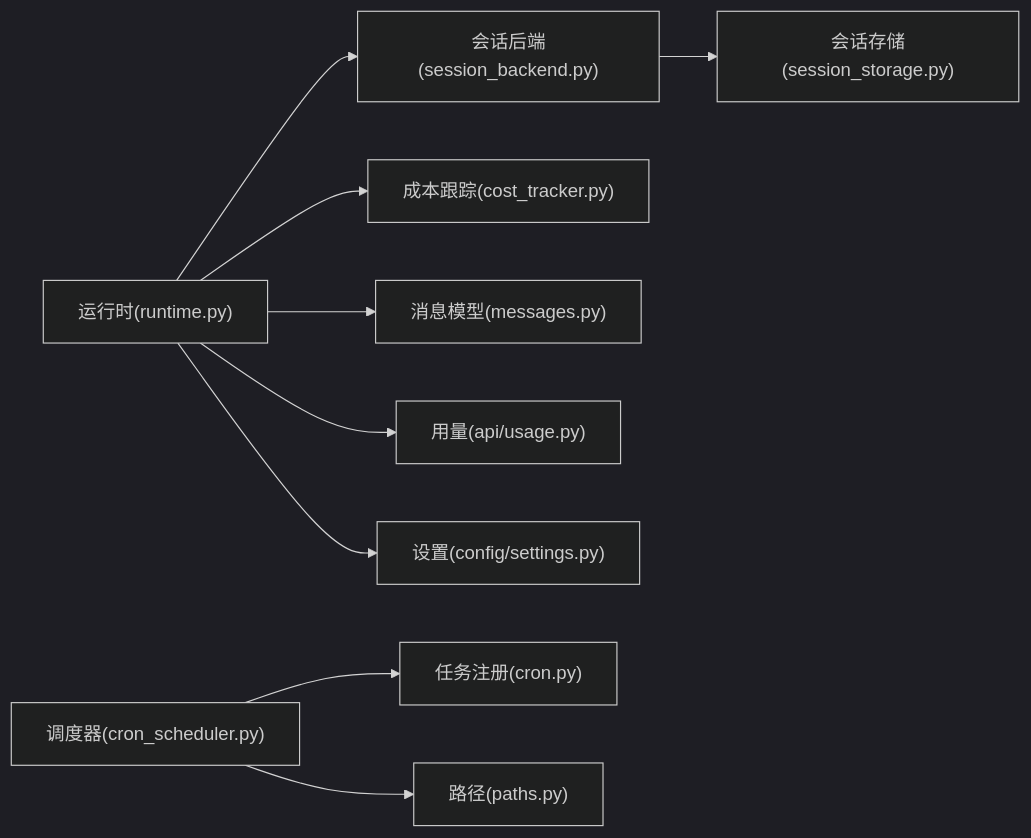
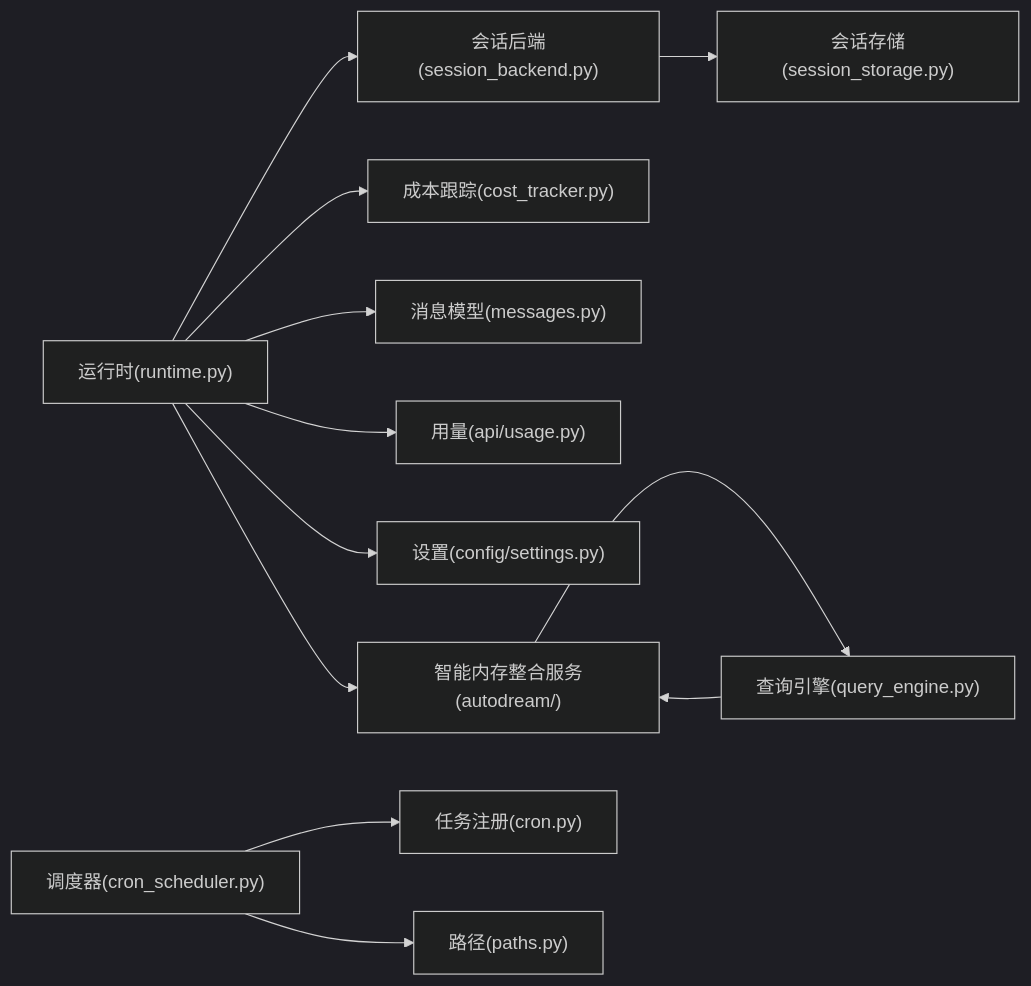
The eighth of 8 diagrams in .qoder/repowiki/zh/content/服务系统/服务系统.md (tea4go/OpenHarness), drawn with Mermaid (dark theme) before and after one commit. The commit also changed other lines of this file and 4 other files, not shown here.

First line of the commit message:
docs(ui): 增强UI运行时与图像生成工具支持

````diff
--- a/.qoder/repowiki/zh/content/服务系统/服务系统.md
+++ b/.qoder/repowiki/zh/content/服务系统/服务系统.md
@@ -313,11 +388,14 @@
 ```mermaid
 graph LR
 RT["运行时(runtime.py)"] --> SB["会话后端(session_backend.py)"]
 SB --> SS["会话存储(session_storage.py)"]
 RT --> CT["成本跟踪(cost_tracker.py)"]
 RT --> MSG["消息模型(messages.py)"]
 RT --> USG["用量(api/usage.py)"]
 SCH["调度器(cron_scheduler.py)"] --> CR["任务注册(cron.py)"]
 SCH --> PATH["路径(paths.py)"]
 RT --> SET["设置(config/settings.py)"]
+RT --> AD["智能内存整合服务(autodream/)"]
+AD --> ENG["查询引擎(query_engine.py)"]
+ENG --> AD
 ```
````
